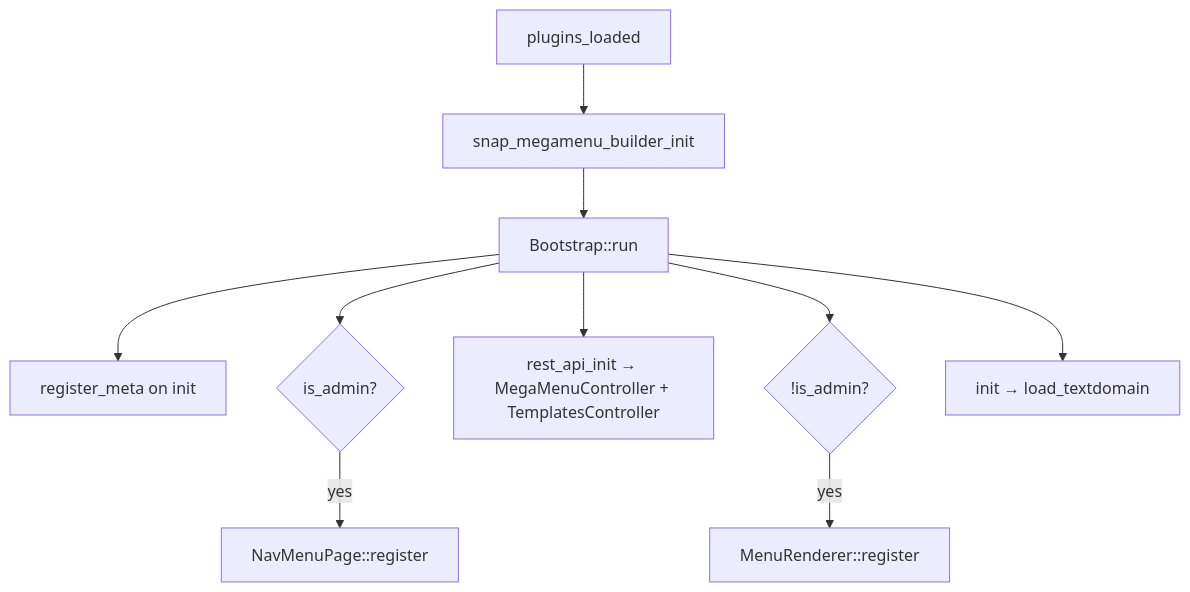
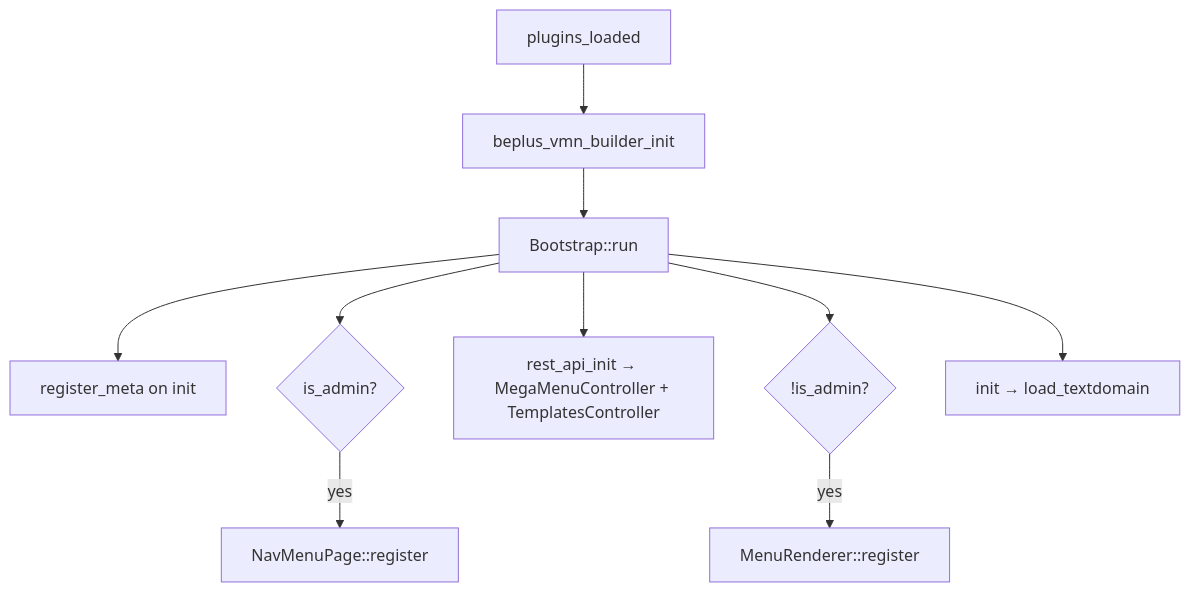
Before and after one commit to miketropi/beplus-visual-mega-nav: the diagram in docs/AGENT.md, drawn with Mermaid. The commit also changed other lines of this file and 90 other files, not shown here.

````diff
--- a/docs/AGENT.md
+++ b/docs/AGENT.md
@@ -11,12 +11,12 @@
 ```mermaid
 flowchart TD
-    A[plugins_loaded] --> B[snap_megamenu_builder_init]
+    A[plugins_loaded] --> B[beplus_vmn_builder_init]
     B --> C[Bootstrap::run]
     C --> D[register_meta on init]
     C --> E{is_admin?}
     E -->|yes| F[NavMenuPage::register]
     C --> G[rest_api_init → MegaMenuController + TemplatesController]
     C --> H{!is_admin?}
     H -->|yes| I[MenuRenderer::register]
     C --> J[init → load_textdomain]
 ```
````
